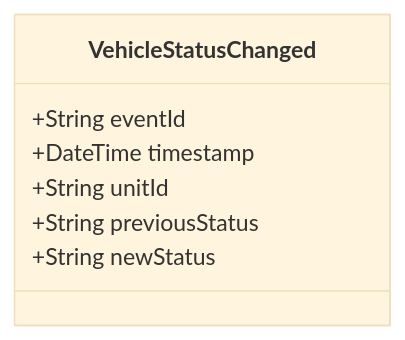
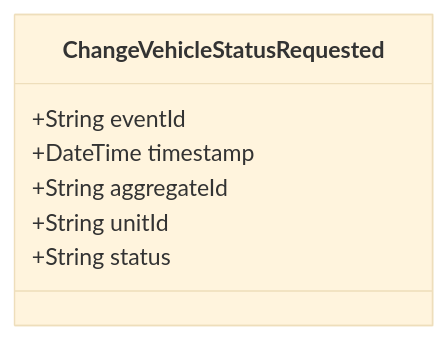
The diagram in doc/events/VehicleStatusChanged.md (pgraff/police-system), drawn with Mermaid (base theme) before and after one commit. The commit also changed other lines of this file and 58 other files, not shown here.

````diff
--- a/doc/events/VehicleStatusChanged.md
+++ b/doc/events/VehicleStatusChanged.md
@@ -9,10 +9,10 @@
 ```mermaid
 classDiagram
-    class VehicleStatusChanged {
+    class ChangeVehicleStatusRequested {
         +String eventId
         +DateTime timestamp
+        +String aggregateId
         +String unitId
-        +String previousStatus
-        +String newStatus
+        +String status
     }
 ```
````
